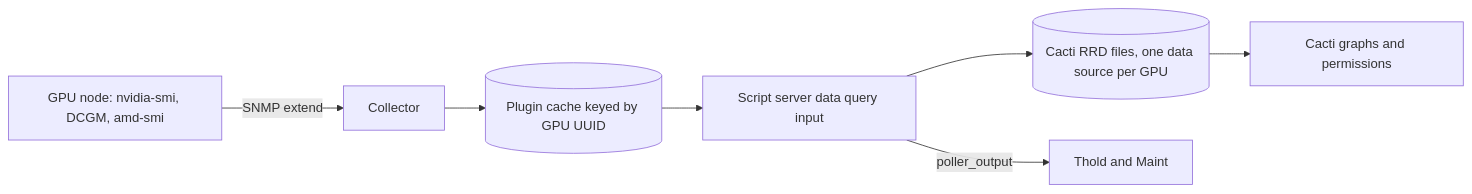
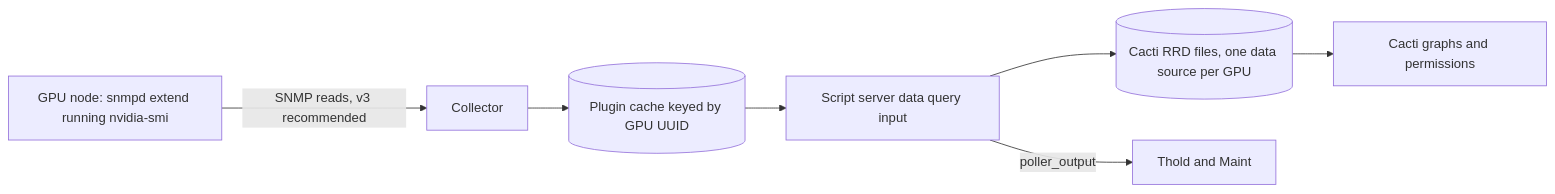
Before and after one commit to somethingwithproof/plugin_gpu: the diagram in README.md, drawn with Mermaid. The commit also changed other lines of this file and 74 other files, not shown here.

````diff
--- a/README.md
+++ b/README.md
@@ -61,9 +74,9 @@
 ```mermaid
 flowchart LR
-    NODE[GPU node: nvidia-smi, DCGM, amd-smi] -->|SNMP extend| C[Collector]
+    NODE[GPU node: snmpd extend running nvidia-smi] -->|SNMP reads, v3 recommended| C[Collector]
     C --> CACHE[(Plugin cache keyed by GPU UUID)]
     CACHE --> SS[Script server data query input]
     SS --> RRD[(Cacti RRD files, one data source per GPU)]
     SS -->|poller_output| T[Thold and Maint]
     RRD --> G[Cacti graphs and permissions]
 ```
````
